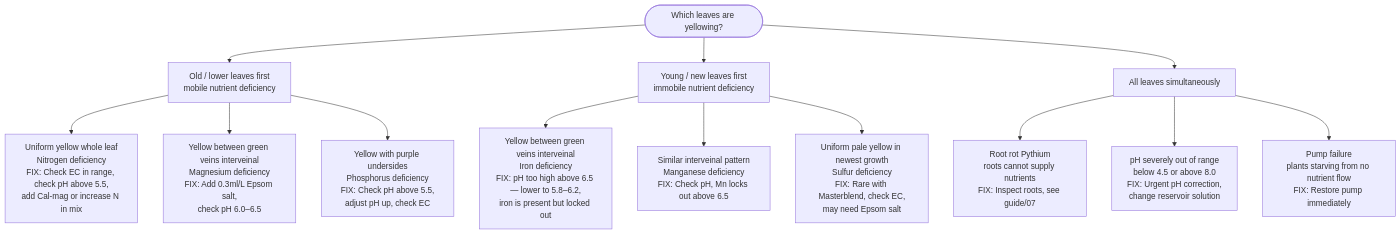
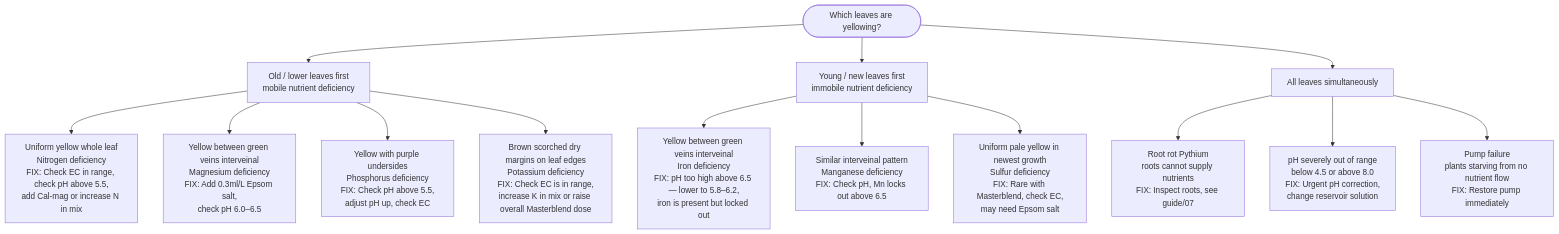
The first of 4 diagrams in 09-troubleshooting.md (UncleJS/guide_hydroponics), drawn with Mermaid before and after one commit. The commit also changed other lines of this file and 9 other files, not shown here.

````diff
--- a/09-troubleshooting.md
+++ b/09-troubleshooting.md
@@ -187,20 +192,21 @@
 ```mermaid
 flowchart TD
     Start([Which leaves are yellowing?])
 
     Start --> Old[Old / lower leaves first\nmobile nutrient deficiency]
     Start --> New[Young / new leaves first\nimmobile nutrient deficiency]
     Start --> All[All leaves simultaneously]
 
     Old --> N[Uniform yellow whole leaf\nNitrogen deficiency\nFIX: Check EC in range, check pH above 5.5,\nadd Cal-mag or increase N in mix]
     Old --> Mg[Yellow between green veins interveinal\nMagnesium deficiency\nFIX: Add 0.3ml/L Epsom salt,\ncheck pH 6.0–6.5]
     Old --> P[Yellow with purple undersides\nPhosphorus deficiency\nFIX: Check pH above 5.5,\nadjust pH up, check EC]
+    Old --> K[Brown scorched dry margins on leaf edges\nPotassium deficiency\nFIX: Check EC is in range,\nincrease K in mix or raise overall Masterblend dose]
 
     New --> Fe[Yellow between green veins interveinal\nIron deficiency\nFIX: pH too high above 6.5 — lower to 5.8–6.2,\niron is present but locked out]
     New --> Mn[Similar interveinal pattern\nManganese deficiency\nFIX: Check pH, Mn locks out above 6.5]
     New --> S[Uniform pale yellow in newest growth\nSulfur deficiency\nFIX: Rare with Masterblend, check EC,\nmay need Epsom salt]
 
     All --> Pythium[Root rot Pythium\nroots cannot supply nutrients\nFIX: Inspect roots, see guide/07]
     All --> pHOut[pH severely out of range\nbelow 4.5 or above 8.0\nFIX: Urgent pH correction,\nchange reservoir solution]
     All --> PumpFail[Pump failure\nplants starving from no nutrient flow\nFIX: Restore pump immediately]
 ```
````
